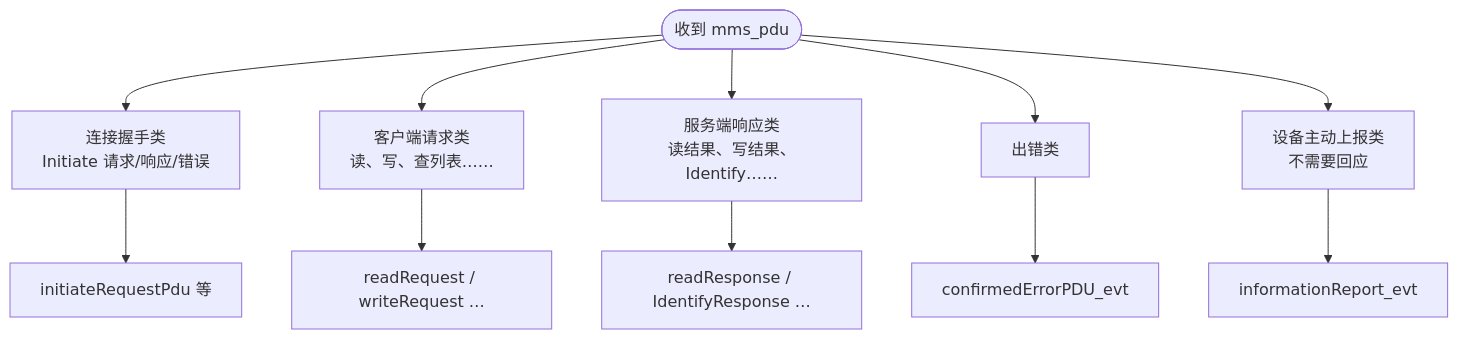
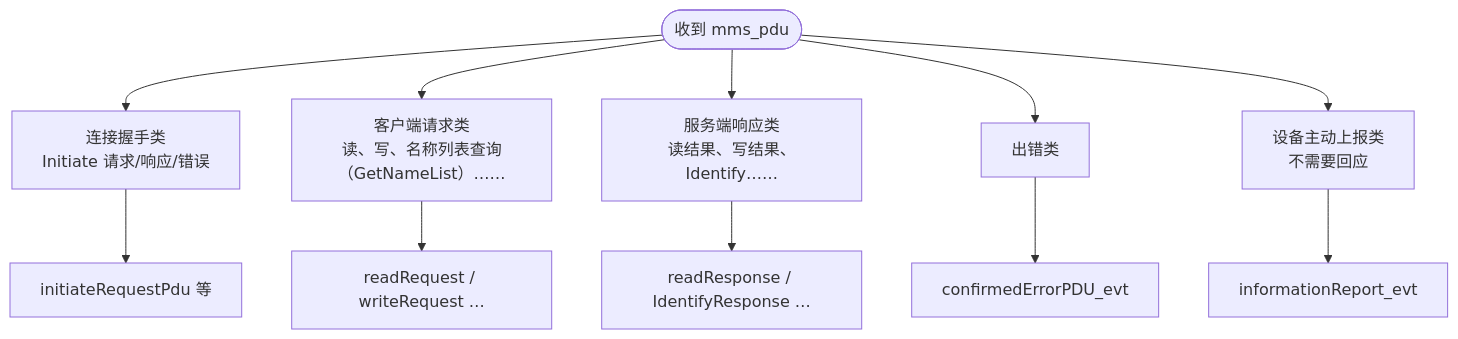
The third of 8 diagrams in docs/03-event-analysis-layer-outline.md (haolipeng/icsnpp-mms), drawn with Mermaid before and after one commit. The commit also changed other lines of this file and 1 other file, not shown here.

````diff
--- a/docs/03-event-analysis-layer-outline.md
+++ b/docs/03-event-analysis-layer-outline.md
@@ -67,14 +67,14 @@
 ```mermaid
 flowchart TD
     Start(["收到 mms_pdu"]) --> Initiate["连接握手类<br/>Initiate 请求/响应/错误"]
-    Start --> CReq["客户端请求类<br/>读、写、查列表……"]
+    Start --> CReq["客户端请求类<br/>读、写、名称列表查询（GetNameList）……"]
     Start --> CRes["服务端响应类<br/>读结果、写结果、Identify……"]
     Start --> CErr["出错类"]
     Start --> Unconf["设备主动上报类<br/>不需要回应"]
 
     Initiate --> I1["initiateRequestPdu 等"]
     CReq --> R1["readRequest / writeRequest …"]
     CRes --> S1["readResponse / IdentifyResponse …"]
     CErr --> E1["confirmedErrorPDU_evt"]
     Unconf --> U1["informationReport_evt"]
 ```
````
